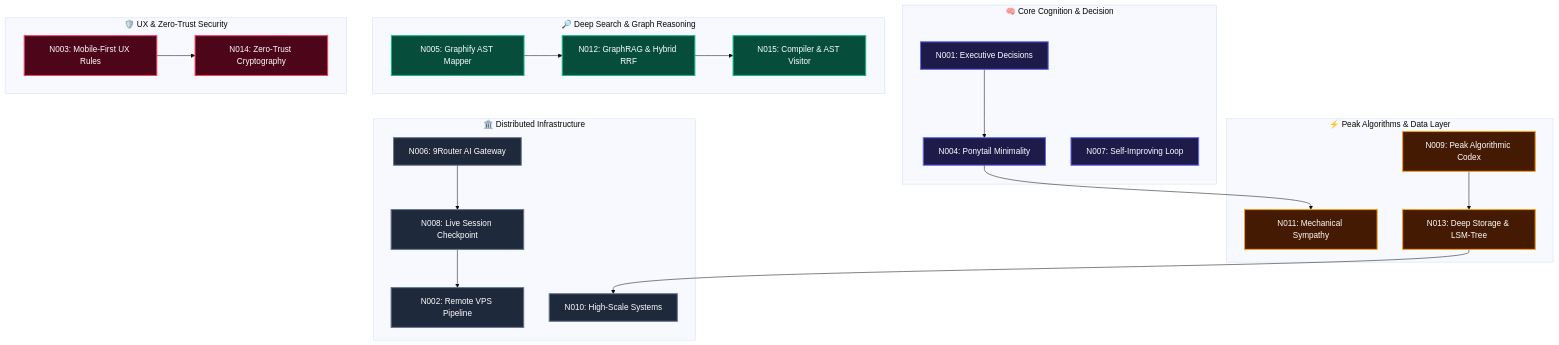
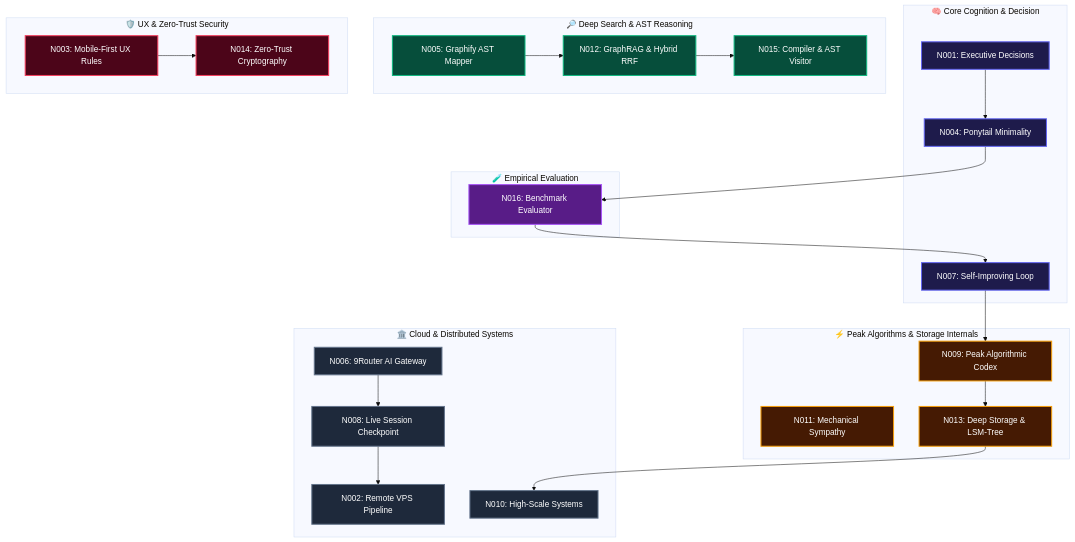
One commit to mhanafi09051998/brain-ai changed the first of 2 diagrams in README.md. Above: the diagram before and after it, drawn with Mermaid (base theme). The commit also changed other lines of this file and 10 other files, not shown here.

````diff
--- a/README.md
+++ b/README.md
@@ -47,44 +47,50 @@
 ```mermaid
 graph TD
     classDef core fill:#1e1b4b,stroke:#6366f1,stroke-width:2px,color:#fff;
     classDef search fill:#064e3b,stroke:#10b981,stroke-width:2px,color:#fff;
     classDef algo fill:#451a03,stroke:#f59e0b,stroke-width:2px,color:#fff;
     classDef infra fill:#1e293b,stroke:#64748b,stroke-width:2px,color:#fff;
     classDef sec fill:#4c0519,stroke:#f43f5e,stroke-width:2px,color:#fff;
+    classDef eval fill:#581c87,stroke:#a855f7,stroke-width:2px,color:#fff;
 
     subgraph Core ["🧠 Core Cognition & Decision"]
         N001["N001: Executive Decisions"]:::core
         N004["N004: Ponytail Minimality"]:::core
         N007["N007: Self-Improving Loop"]:::core
     end
 
-    subgraph Search ["🔎 Deep Search & Graph Reasoning"]
+    subgraph Eval ["🧪 Empirical Evaluation"]
+        N016["N016: Benchmark Evaluator"]:::eval
+    end
+
+    subgraph Search ["🔎 Deep Search & AST Reasoning"]
         N005["N005: Graphify AST Mapper"]:::search
         N012["N012: GraphRAG & Hybrid RRF"]:::search
         N015["N015: Compiler & AST Visitor"]:::search
     end
 
-    subgraph Algo ["⚡ Peak Algorithms & Data Layer"]
+    subgraph Algo ["⚡ Peak Algorithms & Storage Internals"]
         N009["N009: Peak Algorithmic Codex"]:::algo
         N011["N011: Mechanical Sympathy"]:::algo
         N013["N013: Deep Storage & LSM-Tree"]:::algo
     end
 
-    subgraph Infra ["🏛️ Distributed Infrastructure"]
+    subgraph Infra ["🏛️ Cloud & Distributed Systems"]
         N002["N002: Remote VPS Pipeline"]:::infra
         N006["N006: 9Router AI Gateway"]:::infra
         N008["N008: Live Session Checkpoint"]:::infra
         N010["N010: High-Scale Systems"]:::infra
     end
 
     subgraph UXSec ["🛡️ UX & Zero-Trust Security"]
         N003["N003: Mobile-First UX Rules"]:::sec
         N014["N014: Zero-Trust Cryptography"]:::sec
     end
 
-    N001 --> N004 --> N011
+    N001 --> N004 --> N016
+    N016 --> N007 --> N009
     N005 --> N012 --> N015
     N009 --> N013 --> N010
     N006 --> N008 --> N002
     N003 --> N014
 ```
````
